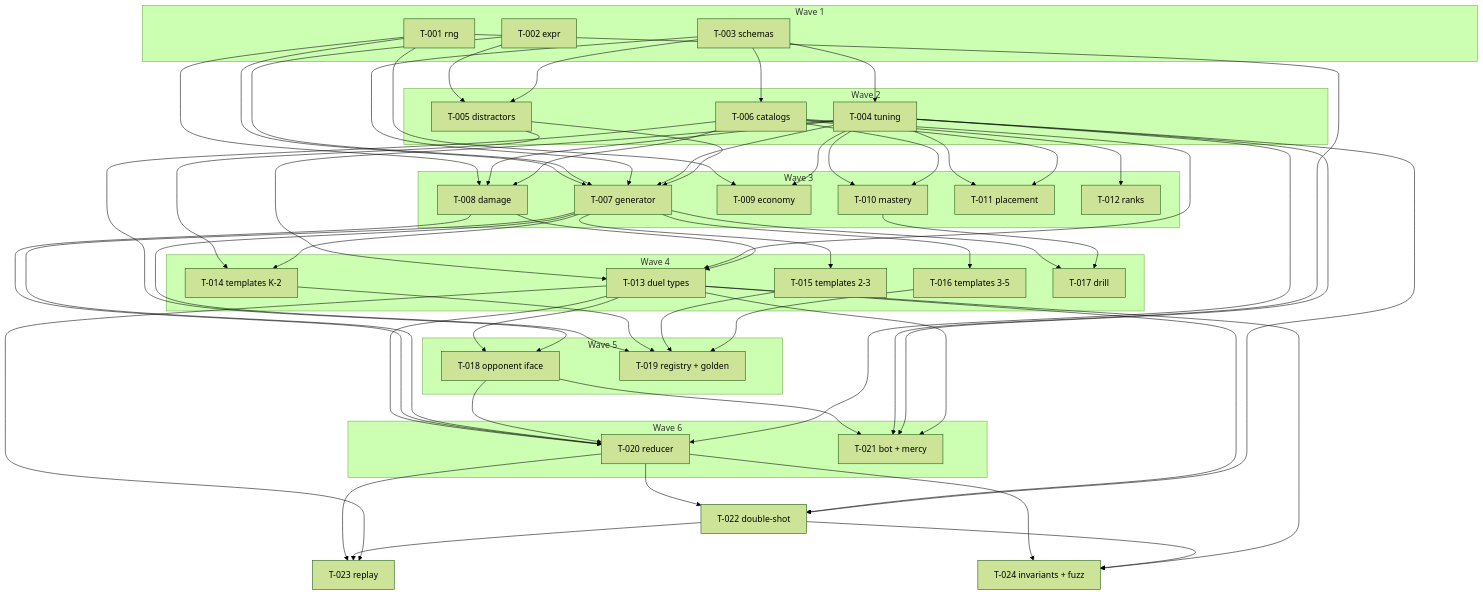
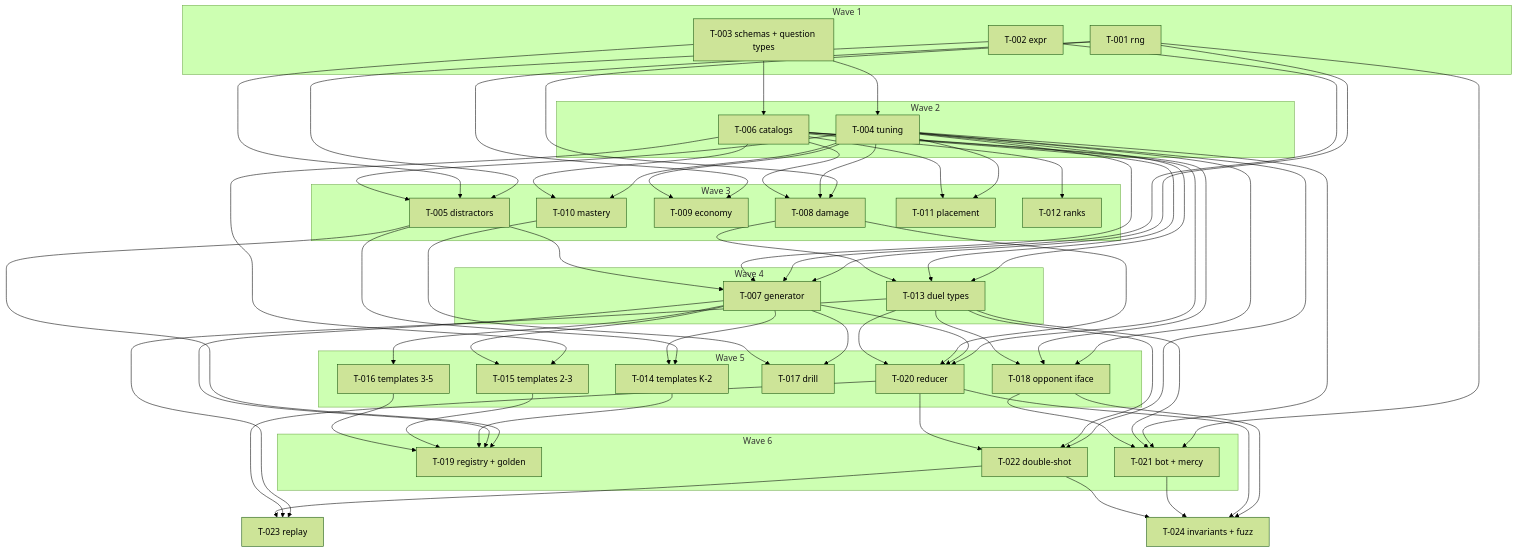
One commit to worldofhacks/Cannon-Academy changed the diagram in TICKETS.md. Above: the diagram before and after it, drawn with Mermaid (forest theme). The commit also changed other lines of this file and 24 other files, not shown here.

````diff
--- a/TICKETS.md
+++ b/TICKETS.md
@@ -93,15 +96,14 @@
   subgraph W1[Wave 1]
     T001[T-001 rng]
     T002[T-002 expr]
-    T003[T-003 schemas]
+    T003[T-003 schemas + question types]
   end
   subgraph W2[Wave 2]
     T004[T-004 tuning]
-    T005[T-005 distractors]
     T006[T-006 catalogs]
   end
   subgraph W3[Wave 3]
-    T007[T-007 generator]
+    T005[T-005 distractors]
     T008[T-008 damage]
     T009[T-009 economy]
     T010[T-010 mastery]
@@ -109,33 +111,30 @@
     T012[T-012 ranks]
   end
   subgraph W4[Wave 4]
+    T007[T-007 generator]
     T013[T-013 duel types]
+  end
+  subgraph W5[Wave 5]
     T014[T-014 templates K-2]
     T015[T-015 templates 2-3]
     T016[T-016 templates 3-5]
     T017[T-017 drill]
-  end
-  subgraph W5[Wave 5]
     T018[T-018 opponent iface]
-    T019[T-019 registry + golden]
+    T020[T-020 reducer]
   end
   subgraph W6[Wave 6]
-    T020[T-020 reducer]
+    T019[T-019 registry + golden]
     T021[T-021 bot + mercy]
+    T022[T-022 double-shot]
   end
-  T022[T-022 double-shot]
   T023[T-023 replay]
   T024[T-024 invariants + fuzz]
 
   T003 --> T004
+  T003 --> T006
   T002 --> T005
   T003 --> T005
-  T003 --> T006
-  T001 --> T007
-  T002 --> T007
-  T003 --> T007
-  T004 --> T007
-  T005 --> T007
+  T004 --> T005
   T001 --> T008
   T004 --> T008
   T006 --> T008
@@ -146,37 +145,44 @@
   T004 --> T011
   T006 --> T011
   T006 --> T012
+  T001 --> T007
+  T002 --> T007
+  T004 --> T007
+  T005 --> T007
   T004 --> T013
   T006 --> T013
   T008 --> T013
   T005 --> T014
   T007 --> T014
+  T006 --> T015
   T007 --> T015
   T007 --> T016
   T007 --> T017
   T010 --> T017
+  T004 --> T018
+  T006 --> T018
   T013 --> T018
-  T006 --> T018
+  T006 --> T020
+  T007 --> T020
+  T008 --> T020
+  T013 --> T020
+  T005 --> T019
   T007 --> T019
   T014 --> T019
   T015 --> T019
   T016 --> T019
-  T013 --> T020
-  T008 --> T020
-  T007 --> T020
-  T018 --> T020
-  T004 --> T020
-  T018 --> T021
   T001 --> T021
   T004 --> T021
   T013 --> T021
+  T018 --> T021
+  T004 --> T022
+  T013 --> T022
   T020 --> T022
-  T013 --> T022
-  T004 --> T022
+  T013 --> T023
   T020 --> T023
   T022 --> T023
-  T013 --> T023
+  T018 --> T024
   T020 --> T024
+  T021 --> T024
   T022 --> T024
-  T013 --> T024
 ```
````
